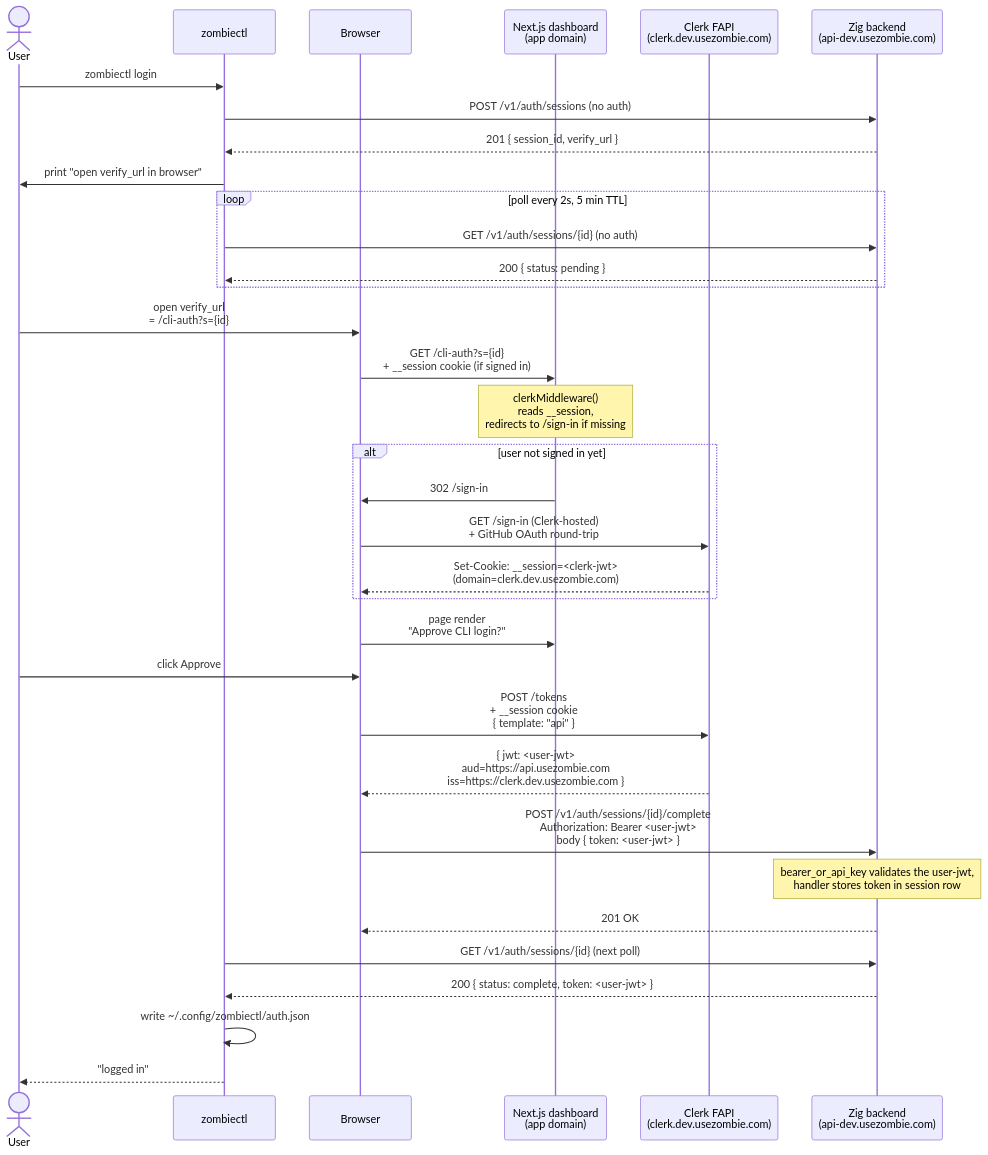
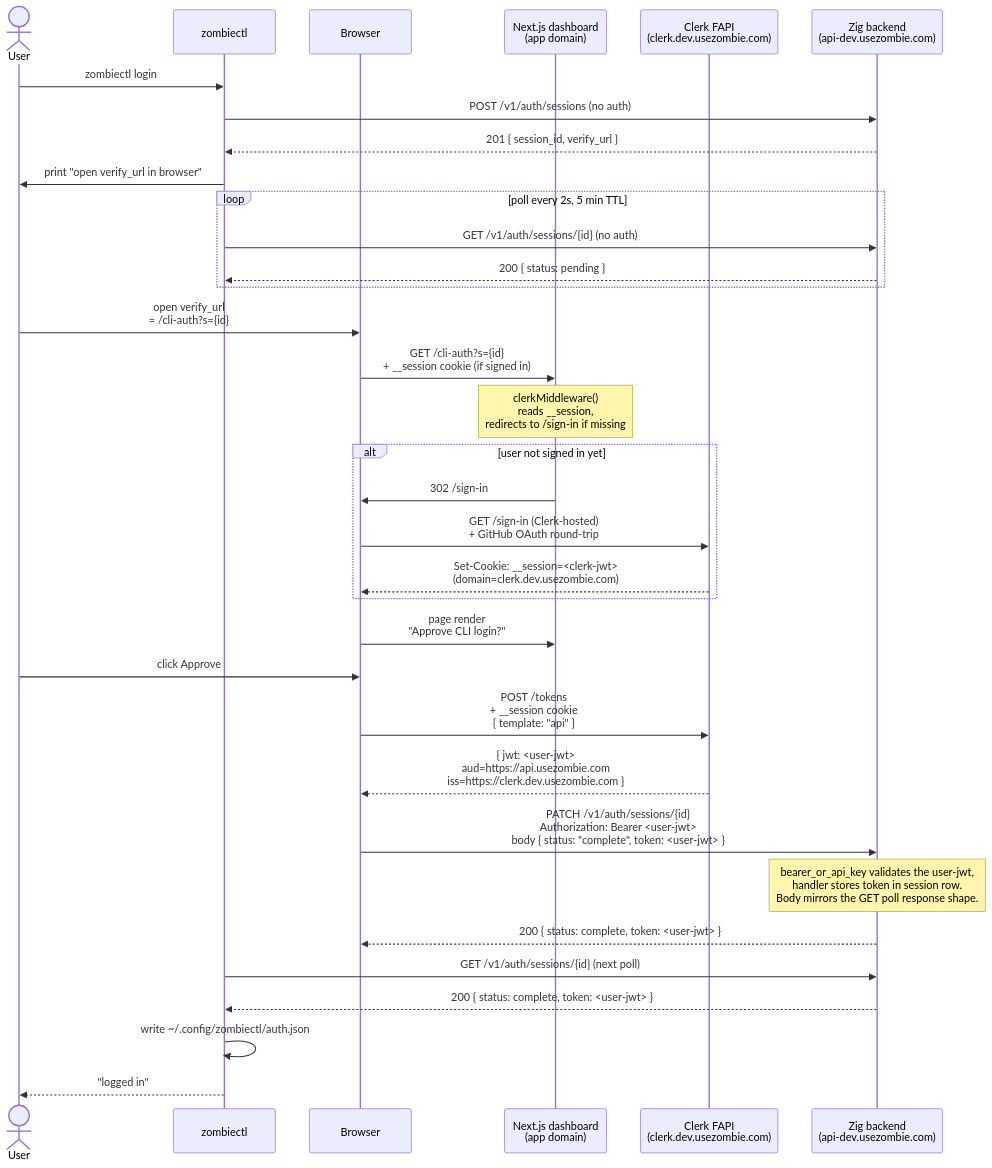
One commit to usezombie/usezombie changed the first of 8 diagrams in docs/AUTH.md. Above: the diagram before and after it, drawn with Mermaid. The commit also changed 26 other files, not shown here.

````diff
--- a/docs/AUTH.md
+++ b/docs/AUTH.md
@@ -33,43 +33,43 @@
 ```mermaid
 sequenceDiagram
     actor User
     participant CLI as zombiectl
     participant Browser
     participant Next as Next.js dashboard<br/>(app domain)
     participant Clerk as Clerk FAPI<br/>(clerk.dev.usezombie.com)
     participant API as Zig backend<br/>(api-dev.usezombie.com)
 
     User->>CLI: zombiectl login
     CLI->>API: POST /v1/auth/sessions  (no auth)
     API-->>CLI: 201 { session_id, verify_url }
     CLI->>User: print "open verify_url in browser"
 
     loop poll every 2s, 5 min TTL
         CLI->>API: GET /v1/auth/sessions/{id}  (no auth)
         API-->>CLI: 200 { status: pending }
     end
 
     User->>Browser: open verify_url<br/>= /cli-auth?s={id}
     Browser->>Next: GET /cli-auth?s={id}<br/>+ __session cookie (if signed in)
     Note over Next: clerkMiddleware()<br/>reads __session,<br/>redirects to /sign-in if missing
 
     alt user not signed in yet
         Next->>Browser: 302 /sign-in
         Browser->>Clerk: GET /sign-in (Clerk-hosted)<br/>+ GitHub OAuth round-trip
         Clerk-->>Browser: Set-Cookie: __session=<clerk-jwt><br/>(domain=clerk.dev.usezombie.com)
     end
 
     Browser->>Next: page render<br/>"Approve CLI login?"
     User->>Browser: click Approve
     Browser->>Clerk: POST /tokens<br/>+ __session cookie<br/>{ template: "api" }
     Clerk-->>Browser: { jwt: <user-jwt><br/>aud=https://api.usezombie.com<br/>iss=https://clerk.dev.usezombie.com }
 
-    Browser->>API: POST /v1/auth/sessions/{id}/complete<br/>Authorization: Bearer <user-jwt><br/>body { token: <user-jwt> }
-    Note over API: bearer_or_api_key validates the user-jwt,<br/>handler stores token in session row
-    API-->>Browser: 201 OK
+    Browser->>API: PATCH /v1/auth/sessions/{id}<br/>Authorization: Bearer <user-jwt><br/>body { status: "complete", token: <user-jwt> }
+    Note over API: bearer_or_api_key validates the user-jwt,<br/>handler stores token in session row.<br/>Body mirrors the GET poll response shape.
+    API-->>Browser: 200 { status: complete, token: <user-jwt> }
 
     CLI->>API: GET /v1/auth/sessions/{id}  (next poll)
     API-->>CLI: 200 { status: complete, token: <user-jwt> }
     CLI->>CLI: write ~/.config/zombiectl/auth.json
     CLI-->>User: "logged in"
 ```
````
